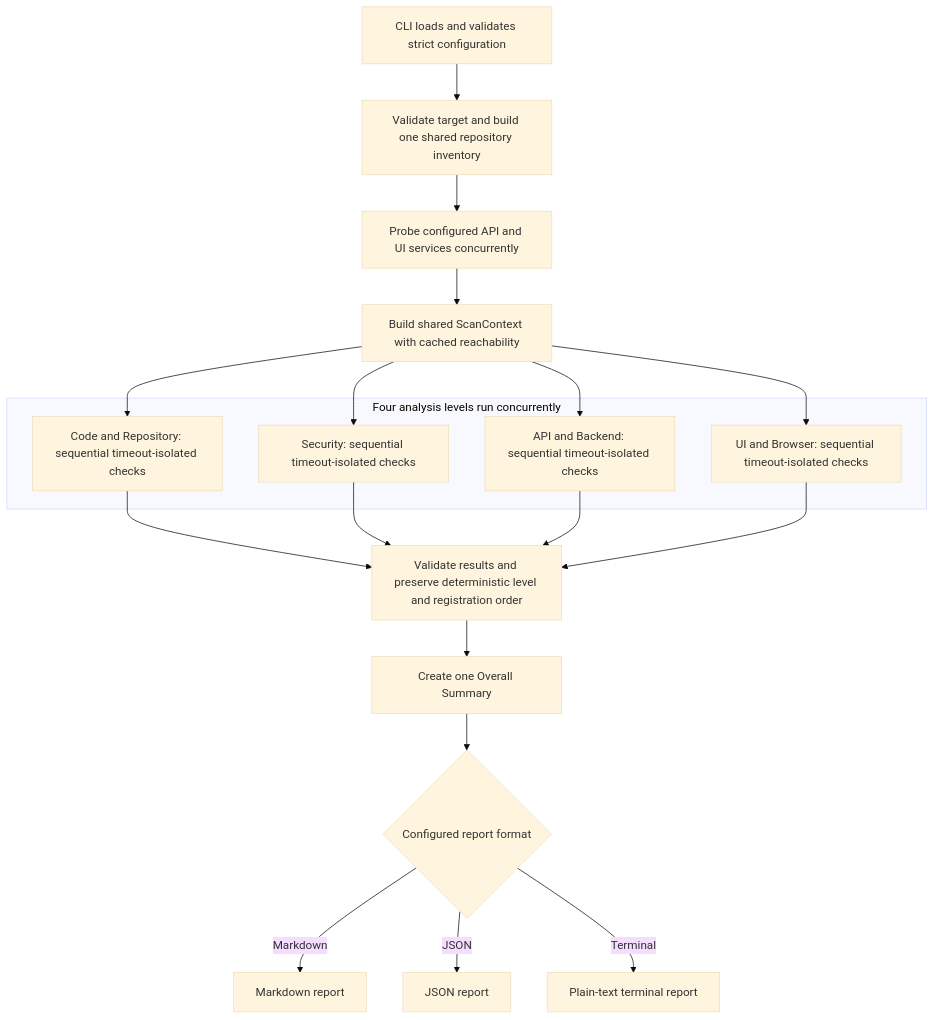
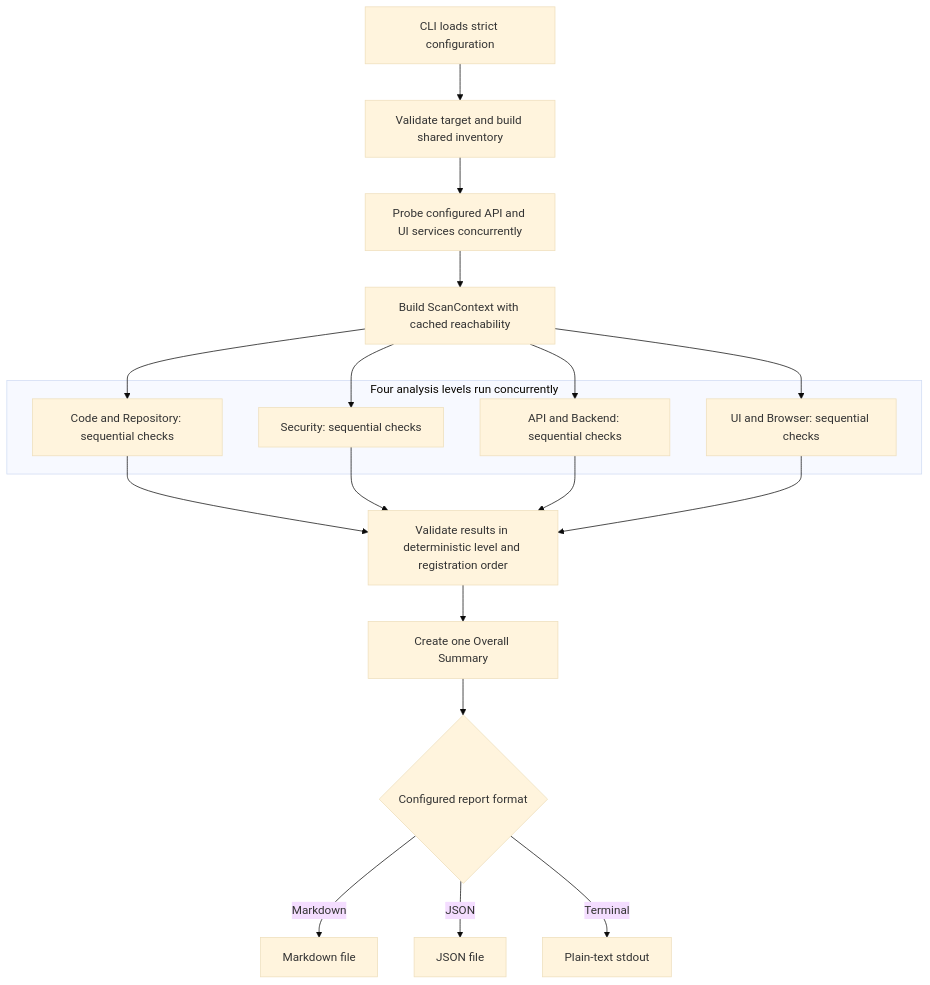
Before and after one commit to kulminsky/sentinel-project: the first of 3 diagrams in docs/architecture.md, drawn with Mermaid (base theme). The commit also changed other lines of this file and 7 other files, not shown here.

````diff
--- a/docs/architecture.md
+++ b/docs/architecture.md
@@ -42,30 +43,30 @@
 ```mermaid
 flowchart TD
     accTitle: Sentinel scan execution pipeline
     accDescr: Strict configuration and one shared repository inventory feed cached reachability and four concurrent analysis groups. Checks remain sequential within each group before results are validated, summarized, and rendered.
 
-    A["CLI loads and validates strict configuration"] --> B["Validate target and build one shared repository inventory"]
+    A["CLI loads strict configuration"] --> B["Validate target and build shared inventory"]
     B --> C["Probe configured API and UI services concurrently"]
-    C --> D["Build shared ScanContext with cached reachability"]
+    C --> D["Build ScanContext with cached reachability"]
 
     subgraph LEVELS["Four analysis levels run concurrently"]
-        E1["Code and Repository: sequential timeout-isolated checks"]
-        E2["Security: sequential timeout-isolated checks"]
-        E3["API and Backend: sequential timeout-isolated checks"]
-        E4["UI and Browser: sequential timeout-isolated checks"]
+        E1["Code and Repository: sequential checks"]
+        E2["Security: sequential checks"]
+        E3["API and Backend: sequential checks"]
+        E4["UI and Browser: sequential checks"]
     end
 
     D --> E1
     D --> E2
     D --> E3
     D --> E4
-    E1 --> F["Validate results and preserve deterministic level and registration order"]
+    E1 --> F["Validate results in deterministic level and registration order"]
     E2 --> F
     E3 --> F
     E4 --> F
     F --> G["Create one Overall Summary"]
     G --> H{"Configured report format"}
-    H -->|Markdown| I["Markdown report"]
-    H -->|JSON| J["JSON report"]
-    H -->|Terminal| K["Plain-text terminal report"]
+    H -->|Markdown| I["Markdown file"]
+    H -->|JSON| J["JSON file"]
+    H -->|Terminal| K["Plain-text stdout"]
 ```
````
